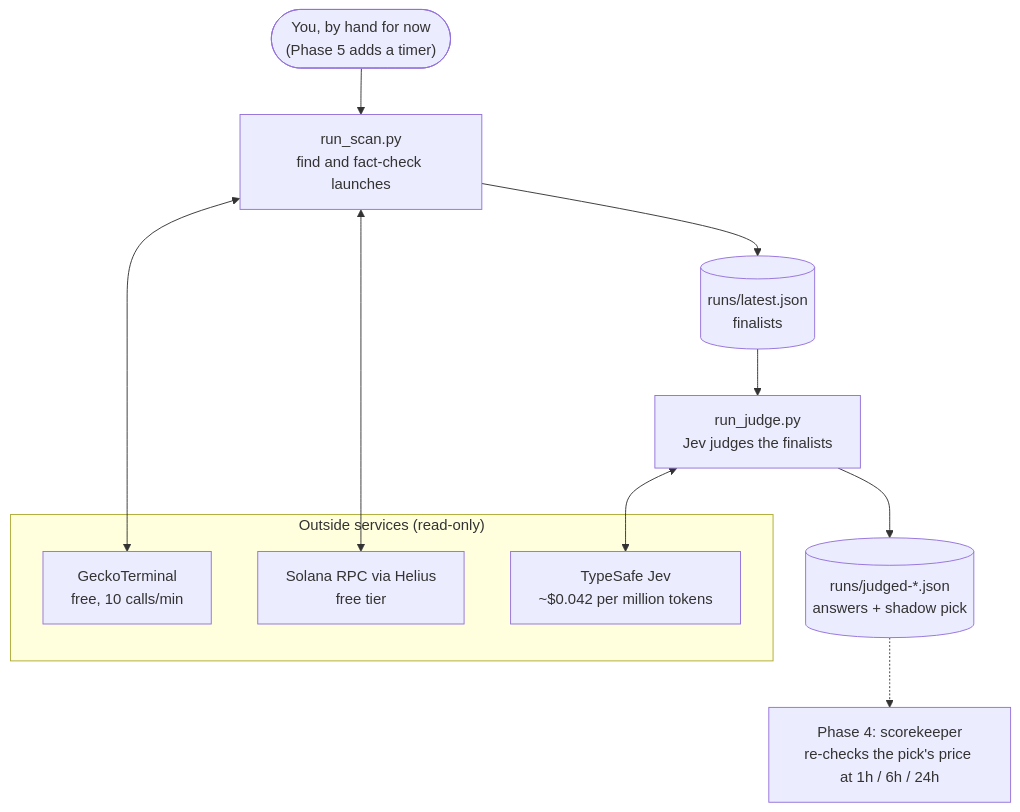
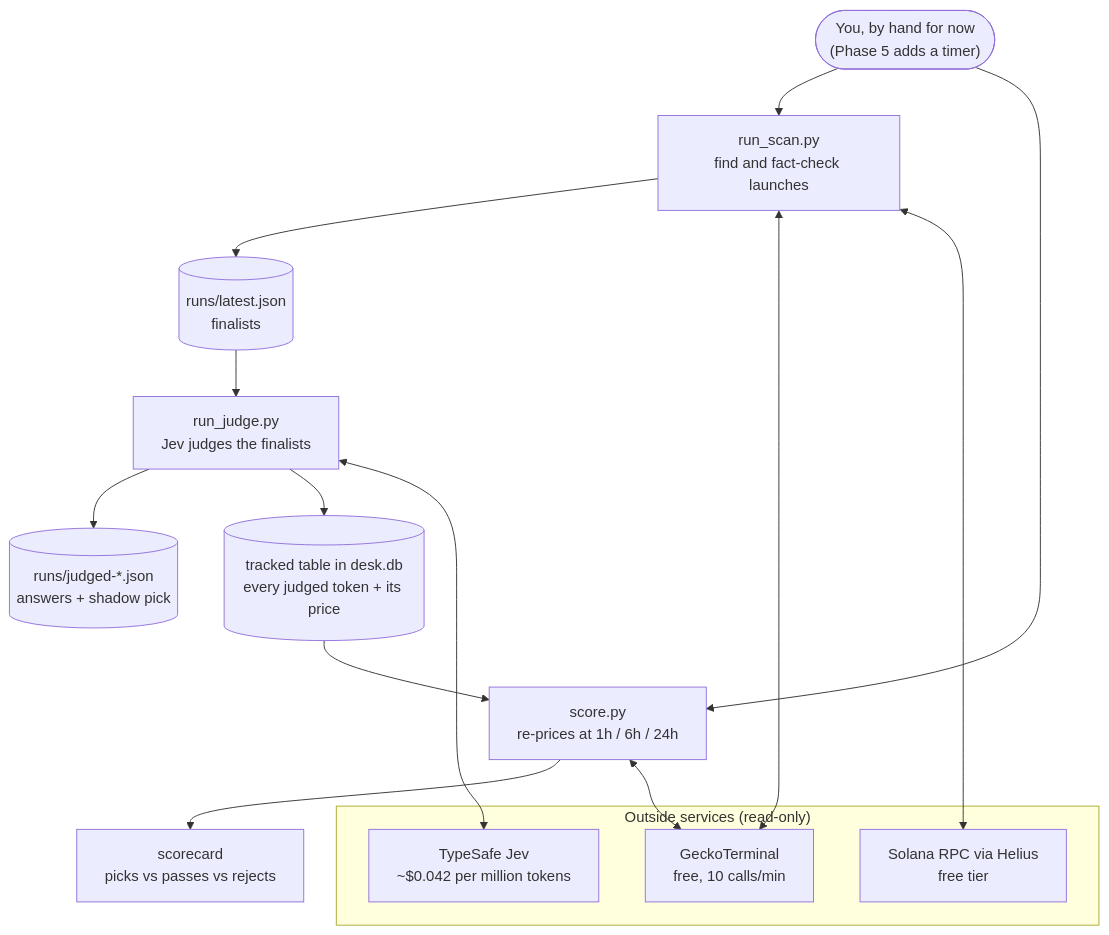
One commit to NickHammer/jev-desk changed the first of 7 diagrams in ARCHITECTURE.md. Above: the diagram before and after it, drawn with Mermaid. The commit also changed other lines of this file and 8 other files, not shown here.

First line of the commit message:
Phase 4: shadow scorekeeper; show every failed Jev check

````diff
--- a/ARCHITECTURE.md
+++ b/ARCHITECTURE.md
@@ -10,19 +10,23 @@
 ```mermaid
 flowchart TD
     you(["You, by hand for now<br/>(Phase 5 adds a timer)"])
     you --> scan["run_scan.py<br/>find and fact-check launches"]
     scan --> latest[("runs/latest.json<br/>finalists")]
     latest --> judgeRun["run_judge.py<br/>Jev judges the finalists"]
     judgeRun --> judged[("runs/judged-*.json<br/>answers + shadow pick")]
-    judged -.-> phase4["Phase 4: scorekeeper<br/>re-checks the pick's price at 1h / 6h / 24h"]
+    judgeRun --> tracked[("tracked table in desk.db<br/>every judged token + its price")]
+    you --> scoreRun["score.py<br/>re-prices at 1h / 6h / 24h"]
+    tracked --> scoreRun
+    scoreRun --> card["scorecard<br/>picks vs passes vs rejects"]
 
     subgraph ext["Outside services (read-only)"]
         gt["GeckoTerminal<br/>free, 10 calls/min"]
         rpc["Solana RPC via Helius<br/>free tier"]
         jev["TypeSafe Jev<br/>~$0.042 per million tokens"]
     end
 
     scan <--> gt
     scan <--> rpc
     judgeRun <--> jev
+    scoreRun <--> gt
 ```
````
